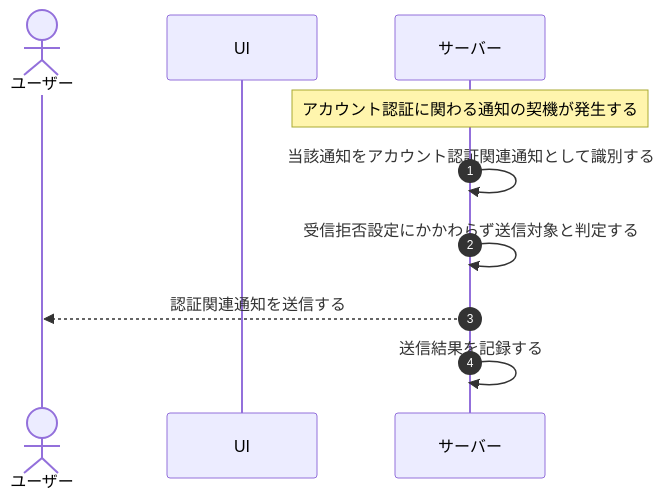
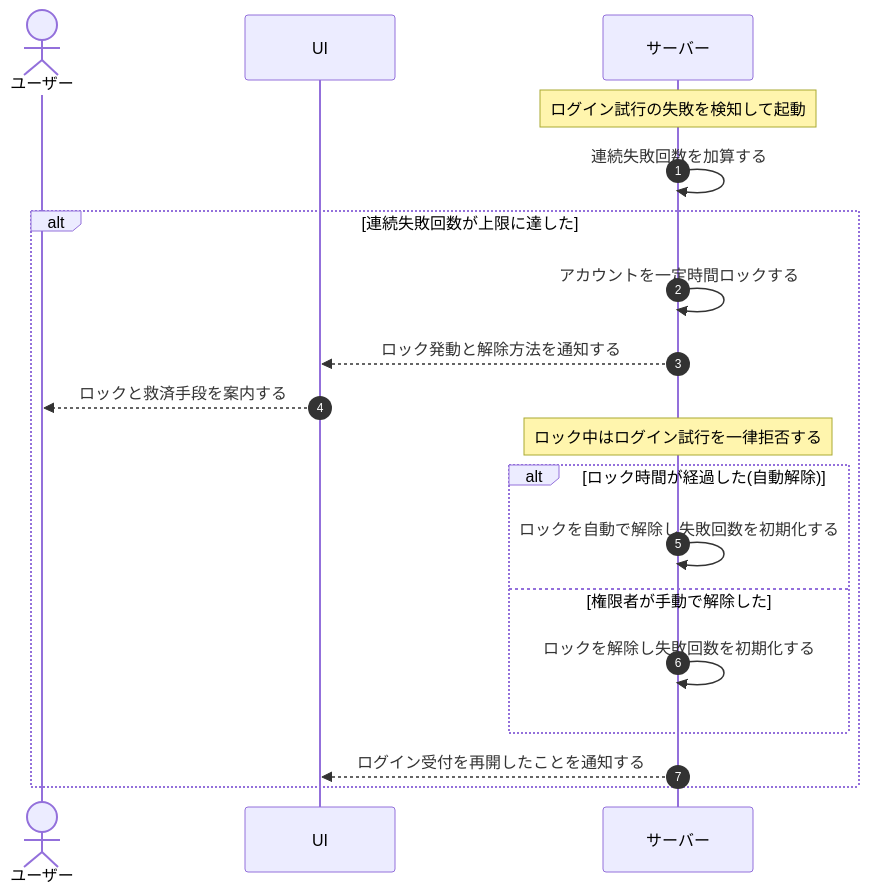
One commit to sikakou54/open-faq changed the diagram in 01_requirements/04_business_usecases/UC-068.md. Above: the diagram before and after it, drawn with Mermaid. The commit also changed other lines of this file and 395 other files, not shown here.

````diff
--- a/01_requirements/04_business_usecases/UC-068.md
+++ b/01_requirements/04_business_usecases/UC-068.md
@@ -26,13 +27,21 @@
 ```mermaid
 sequenceDiagram
   autonumber
   actor U as ユーザー
   participant UI as UI
   participant S as サーバー
-
-  Note over S: アカウント認証に関わる通知の契機が発生する
-  S->>S: 当該通知をアカウント認証関連通知として識別する
-  S->>S: 受信拒否設定にかかわらず送信対象と判定する
-  S-->>U: 認証関連通知を送信する
-  S->>S: 送信結果を記録する
+  Note over S: ログイン試行の失敗を検知して起動
+  S->>S: 連続失敗回数を加算する
+  alt 連続失敗回数が上限に達した
+    S->>S: アカウントを一定時間ロックする
+    S-->>UI: ロック発動と解除方法を通知する
+    UI-->>U: ロックと救済手段を案内する
+    Note over S: ロック中はログイン試行を一律拒否する
+    alt ロック時間が経過した(自動解除)
+      S->>S: ロックを自動で解除し失敗回数を初期化する
+    else 権限者が手動で解除した
+      S->>S: ロックを解除し失敗回数を初期化する
+    end
+    S-->>UI: ログイン受付を再開したことを通知する
+  end
 ```
````
